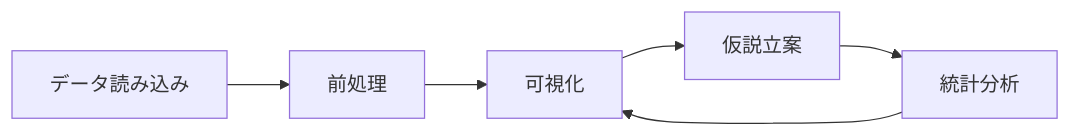
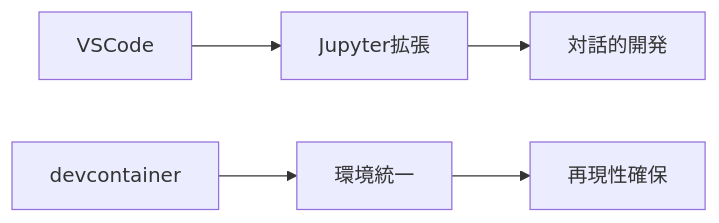
Before and after one commit to syeeel/cs-study-marp: the third of 5 diagrams in src/CS勉強会.md, drawn with Mermaid. The commit also changed other lines of this file and 1 other file, not shown here.

```diff
--- a/src/CS勉強会.md
+++ b/src/CS勉強会.md
@@ -220,8 +167,8 @@
 <pre class="mermaid">
-flowchart LR
-    A[データ読み込み] --> B[前処理]
-    B --> C[可視化]
-    C --> D[仮説立案]
-    D --> E[統計分析]
-    E --> C
+graph LR
+    A[VSCode] --> B[Jupyter拡張]
+    B --> C[対話的開発]
+    
+    D[devcontainer] --> E[環境統一]
+    E --> F[再現性確保]
 </pre>
```
